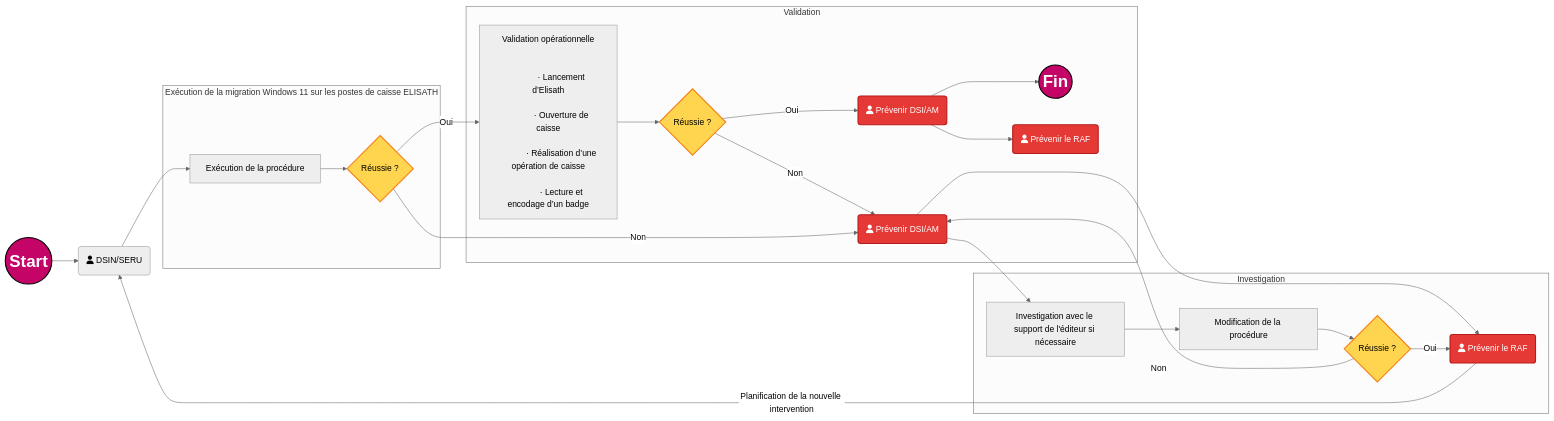
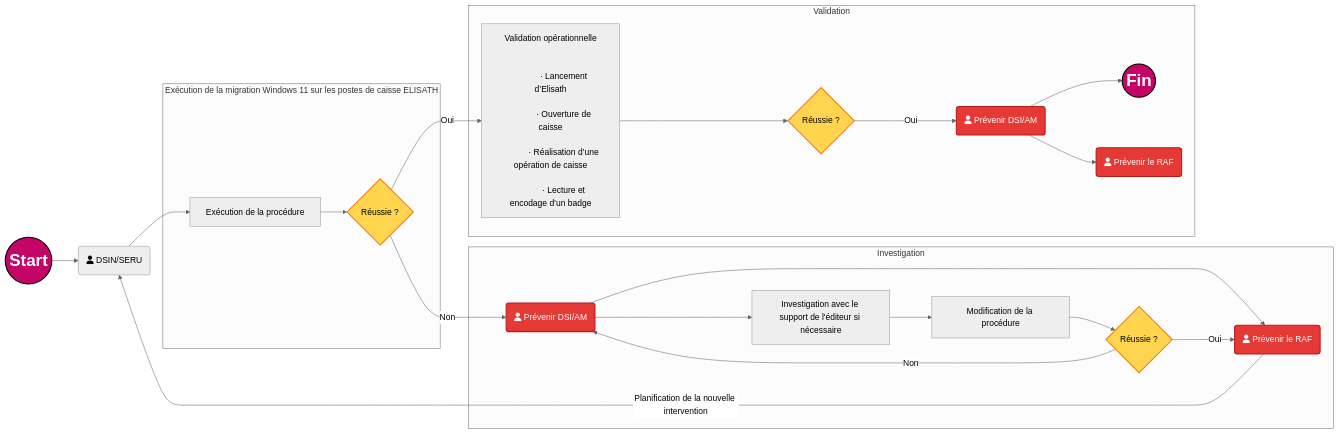
The diagram in all/Flux de validation.md (fdadda/iodraw-files), drawn with Mermaid (neutral theme) before and after one commit.

Commit message:
2026-05-12 11:41:08 update

````diff
--- a/all/Flux de validation.md
+++ b/all/Flux de validation.md
@@ -1,60 +1,60 @@
 ```mermaid
 flowchart LR
 
     start((Start)) --> A
     A(fa:fa-user DSIN/SERU) --> B[Exécution de la procédure]
 
     subgraph Exécution de la migration Windows 11 sur les postes de caisse ELISATH
         B --> C{Réussie ?}
     end
 
     subgraph Validation
         C -->|Oui| D["Validation opérationnelle<br/><br/>
             · Lancement d’Elisath<br/>
             · Ouverture de caisse<br/>
             · Réalisation d’une opération de caisse<br/>
             · Lecture et encodage d’un badge"]
 
         D --> Val{Réussie ?}
 
         Val -->|Oui| PrevDSI(fa:fa-user Prévenir DSI/AM)
-        Val --> |Non| E
+       
         PrevDSI --> fin((Fin))
         PrevDSI  --> PrevRAF(fa:fa-user Prévenir le RAF)
     end
 
     subgraph Investigation
         C -->|Non| E(fa:fa-user Prévenir DSI/AM)
         E --> F(fa:fa-user Prévenir le RAF)
         E --> G[Investigation avec le support de l'éditeur si nécessaire]
         G --> H[Modification de la procédure]
         H --> I{Réussie ?}
         I -->|Oui| F
         I -->|Non| E
     end
 
     F -->|Planification de la nouvelle intervention| A
 
     %% --- STYLES ---
     classDef StartEndPoint fill:#c40466,stroke:#000,color:#fff,stroke-width:2px,font-size:16px,font-weight:bold;
     classDef decision      fill:#ffd54f,stroke:#f57f17,color:#000,stroke-width:2px;
     classDef error         fill:#e53935,stroke:#b71c1c,color:#fff,stroke-width:2px;
 
     %% --- AFFECTATION DES CLASSES ---
     class start,fin StartEndPoint;
     class C,I,Val decision;
     class E,F,PrevDSI,PrevRAF error;
 
     %% --- “CEINTURE + BRETELLES” (force le style sur les 2 nœuds) ---
     style start font-size:32px,font-weight:bold
     style fin   font-size:32px,font-weight:bold
 
     %% --- Codes couleur (commentaires) ---
     %% Bleu marine #000080
     %% Midnight blue #191970
     %% Bleu foncé intense #080F70
     %% Bleu foncé moderne #111184
     %% Orange #ffd54f
     %% Rouge #e53935
     %% Rose CAPI #c40466
 ```
````
